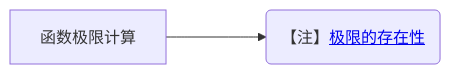
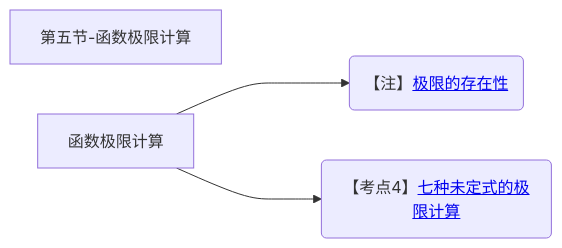
Before and after one commit to yuebinghui/note: the fifth of 5 diagrams in 笔记/数学/周洋鑫/01.基础班思维导图.md, drawn with Mermaid. The commit also changed 8 other files, not shown here.

````diff
--- a/笔记/数学/周洋鑫/01.基础班思维导图.md
+++ b/笔记/数学/周洋鑫/01.基础班思维导图.md
@@ -166,8 +166,10 @@
 ```mermaid
 graph LR
-函数极限计算
+第五节-函数极限计算
 
 函数极限计算--->极限的存在性(【注】<a href="/Users/yuebinghui/Documents/program/github/note/笔记/数学/周洋鑫/基础班/05.函数极限计算.md#极限的存在性">极限的存在性</>)
 
+函数极限计算--->七种未定式的极限计算(【考点4】<a href="/Users/yuebinghui/Documents/program/github/note/笔记/数学/周洋鑫/基础班/05.函数极限计算.md#七种未定式的极限计算">七种未定式的极限计算</>)
+
 
 ```
````
